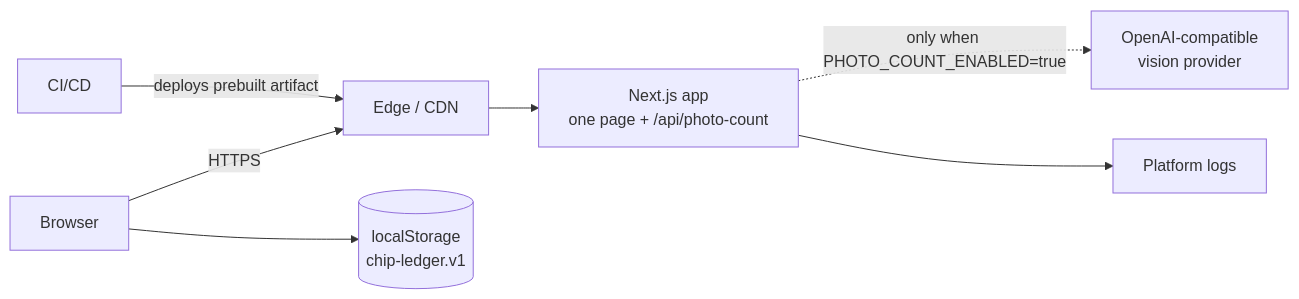
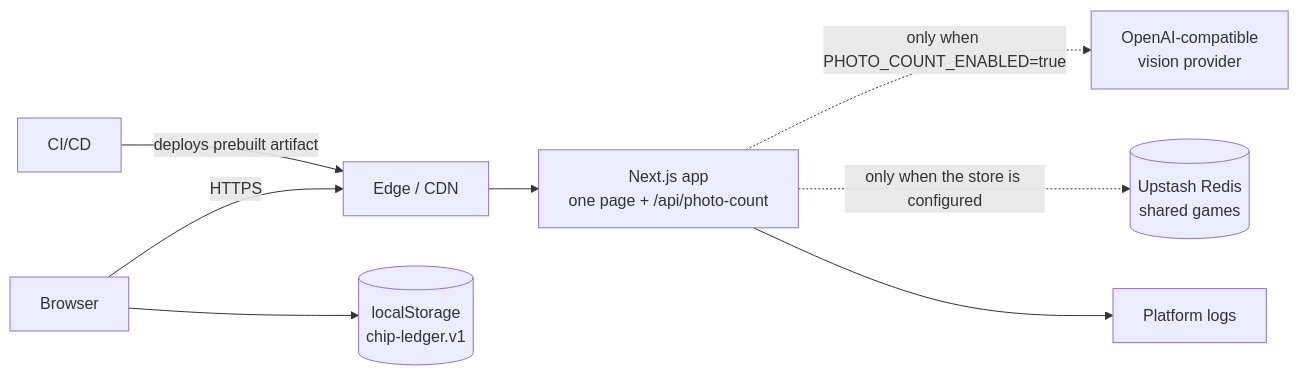
The first of 2 diagrams in docs/ARCHITECTURE.md (vicenteopaso/chip-ledger), drawn with Mermaid before and after one commit. The commit also changed other lines of this file and 17 other files, not shown here.

````diff
--- a/docs/ARCHITECTURE.md
+++ b/docs/ARCHITECTURE.md
@@ -16,9 +16,10 @@
 ```mermaid
 flowchart LR
   U[Browser] -->|HTTPS| E[Edge / CDN]
   E --> A[Next.js app<br/>one page + /api/photo-count]
   U --> L[(localStorage<br/>chip-ledger.v1)]
   A -.->|only when PHOTO_COUNT_ENABLED=true| X[OpenAI-compatible<br/>vision provider]
+  A -.->|only when the store is configured| R[(Upstash Redis<br/>shared games)]
   A --> O[Platform logs]
   CI[CI/CD] -->|deploys prebuilt artifact| E
 ```
````
